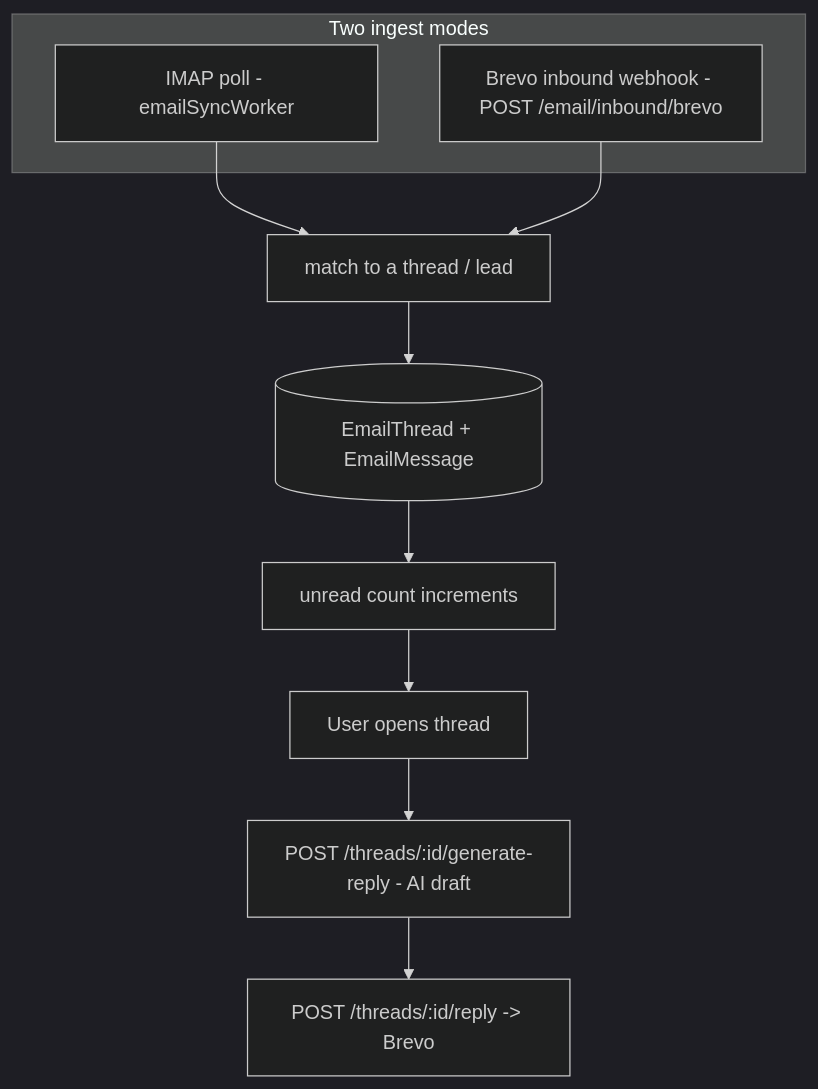
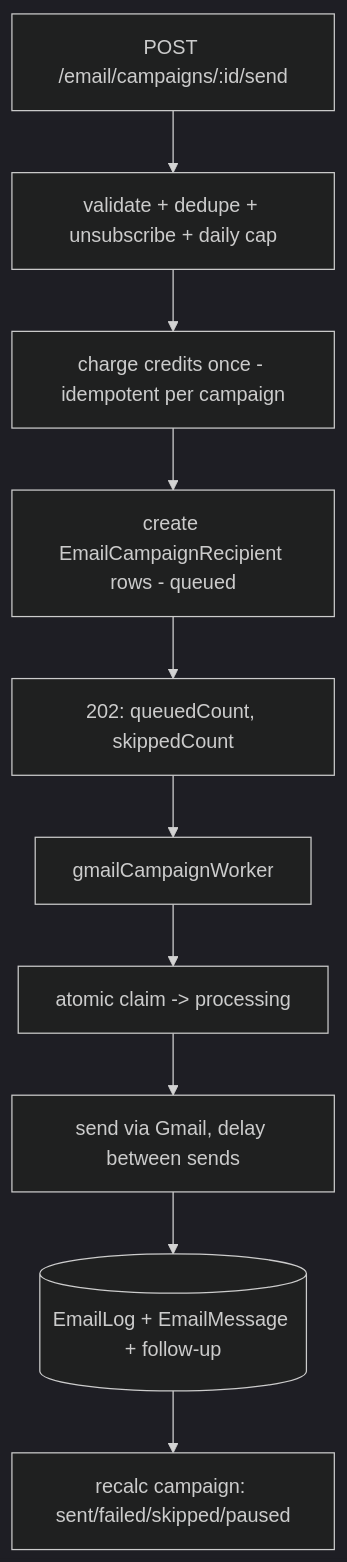
The third of 3 diagrams in docs/11-email.md (krishnayadavv1647/AI-Voice-Agent-), drawn with Mermaid (dark theme) before and after one commit. The commit also changed other lines of this file and 40 other files, not shown here.

````diff
--- a/docs/11-email.md
+++ b/docs/11-email.md
@@ -48,14 +90,12 @@
 ```mermaid
 flowchart TD
-    subgraph Ingest["Two ingest modes"]
-        IMAP[IMAP poll - emailSyncWorker] 
-        Webhook[Brevo inbound webhook - POST /email/inbound/brevo]
-    end
-    IMAP --> Match[match to a thread / lead]
-    Webhook --> Match
-    Match --> Store[(EmailThread + EmailMessage)]
-    Store --> Unread[unread count increments]
-    Unread --> UserReads[User opens thread]
-    UserReads --> Draft[POST /threads/:id/generate-reply - AI draft]
-    Draft --> SendReply[POST /threads/:id/reply -> Brevo]
+    A[POST /email/campaigns/:id/send] --> V[validate + dedupe + unsubscribe + daily cap]
+    V --> Credit[charge credits once - idempotent per campaign]
+    Credit --> Q[create EmailCampaignRecipient rows - queued]
+    Q --> R202[202: queuedCount, skippedCount]
+    R202 --> W[gmailCampaignWorker]
+    W --> Claim[atomic claim -> processing]
+    Claim --> Send[send via Gmail, delay between sends]
+    Send --> Log[(EmailLog + EmailMessage + follow-up)]
+    Log --> Recalc[recalc campaign: sent/failed/skipped/paused]
 ```
````
